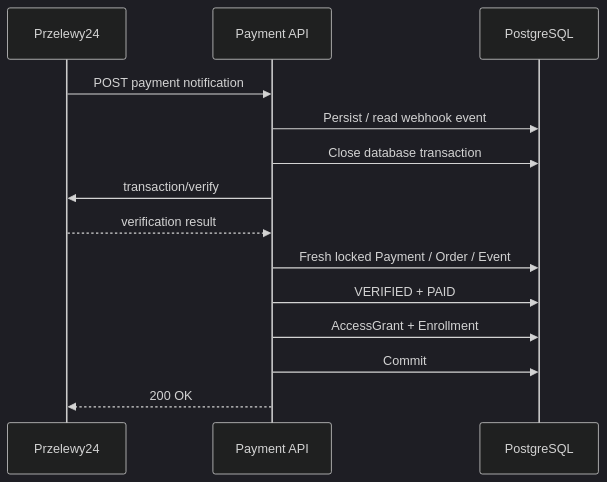
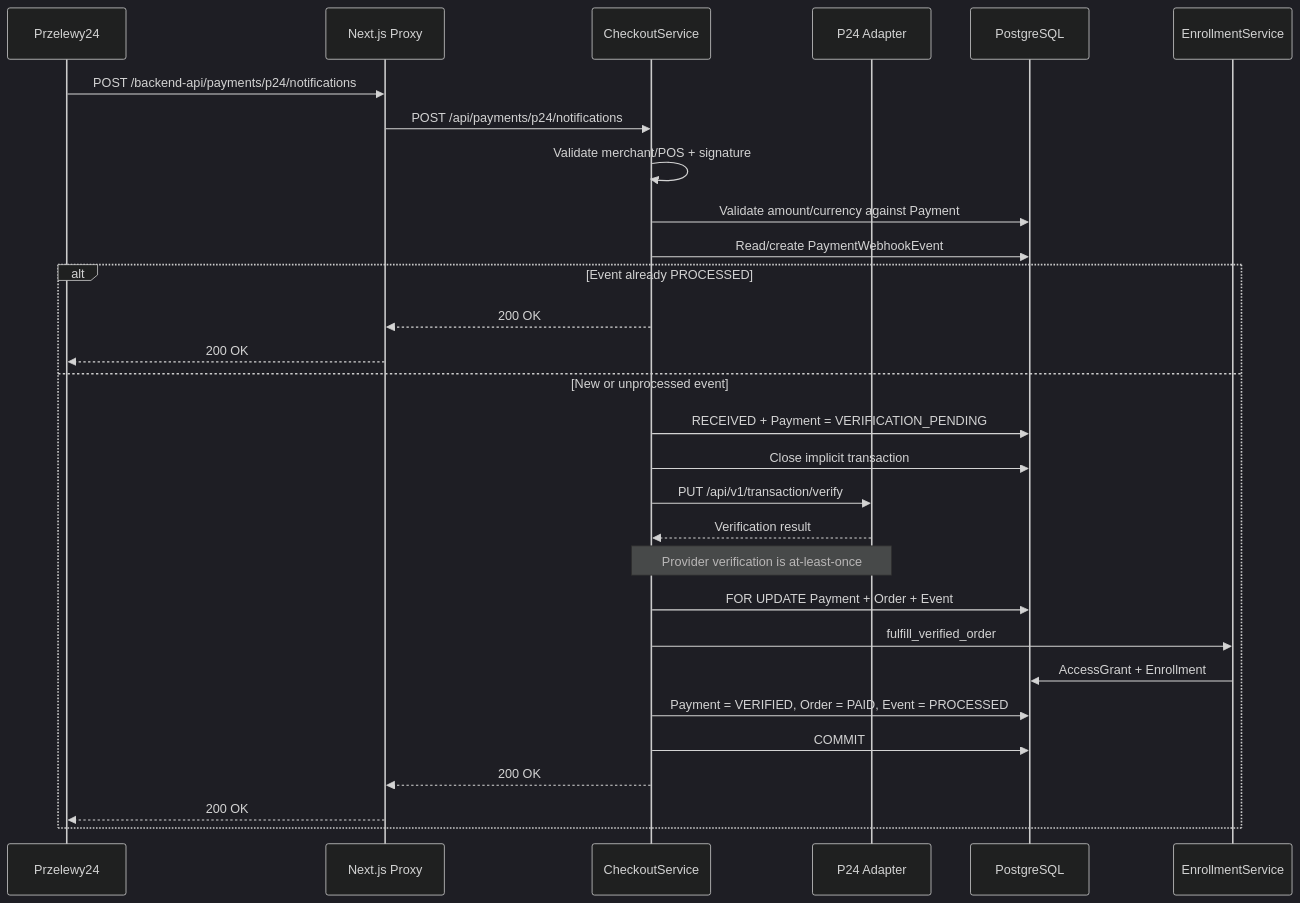
The third of 3 diagrams in README.md (przegonoskar/90-days-challenge-case-study), drawn with Mermaid (dark theme) before and after one commit. The commit also changed other lines of this file and 2 other files, not shown here.

````diff
--- a/README.md
+++ b/README.md
@@ -225,17 +255,36 @@
 ```mermaid
 sequenceDiagram
     participant P24 as Przelewy24
-    participant API as Payment API
+    participant NX as Next.js Proxy
+    participant S as CheckoutService
+    participant A as P24 Adapter
     participant DB as PostgreSQL
+    participant E as EnrollmentService
 
-    P24->>API: POST payment notification
-    API->>DB: Persist / read webhook event
-    API->>DB: Close database transaction
-    API->>P24: transaction/verify
-    P24-->>API: verification result
-    API->>DB: Fresh locked Payment / Order / Event
-    API->>DB: VERIFIED + PAID
-    API->>DB: AccessGrant + Enrollment
-    API->>DB: Commit
-    API-->>P24: 200 OK
+    P24->>NX: POST /backend-api/payments/p24/notifications
+    NX->>S: POST /api/payments/p24/notifications
+
+    S->>S: Validate merchant/POS + signature
+    S->>DB: Validate amount/currency against Payment
+    S->>DB: Read/create PaymentWebhookEvent
+
+    alt Event already PROCESSED
+        S-->>NX: 200 OK
+        NX-->>P24: 200 OK
+    else New or unprocessed event
+        S->>DB: RECEIVED + Payment = VERIFICATION_PENDING
+        S->>DB: Close implicit transaction
+        S->>A: PUT /api/v1/transaction/verify
+        A-->>S: Verification result
+        Note over S,A: Provider verification is at-least-once
+
+        S->>DB: FOR UPDATE Payment + Order + Event
+        S->>E: fulfill_verified_order
+        E->>DB: AccessGrant + Enrollment
+        S->>DB: Payment = VERIFIED, Order = PAID, Event = PROCESSED
+        S->>DB: COMMIT
+
+        S-->>NX: 200 OK
+        NX-->>P24: 200 OK
+    end
 ```
````
